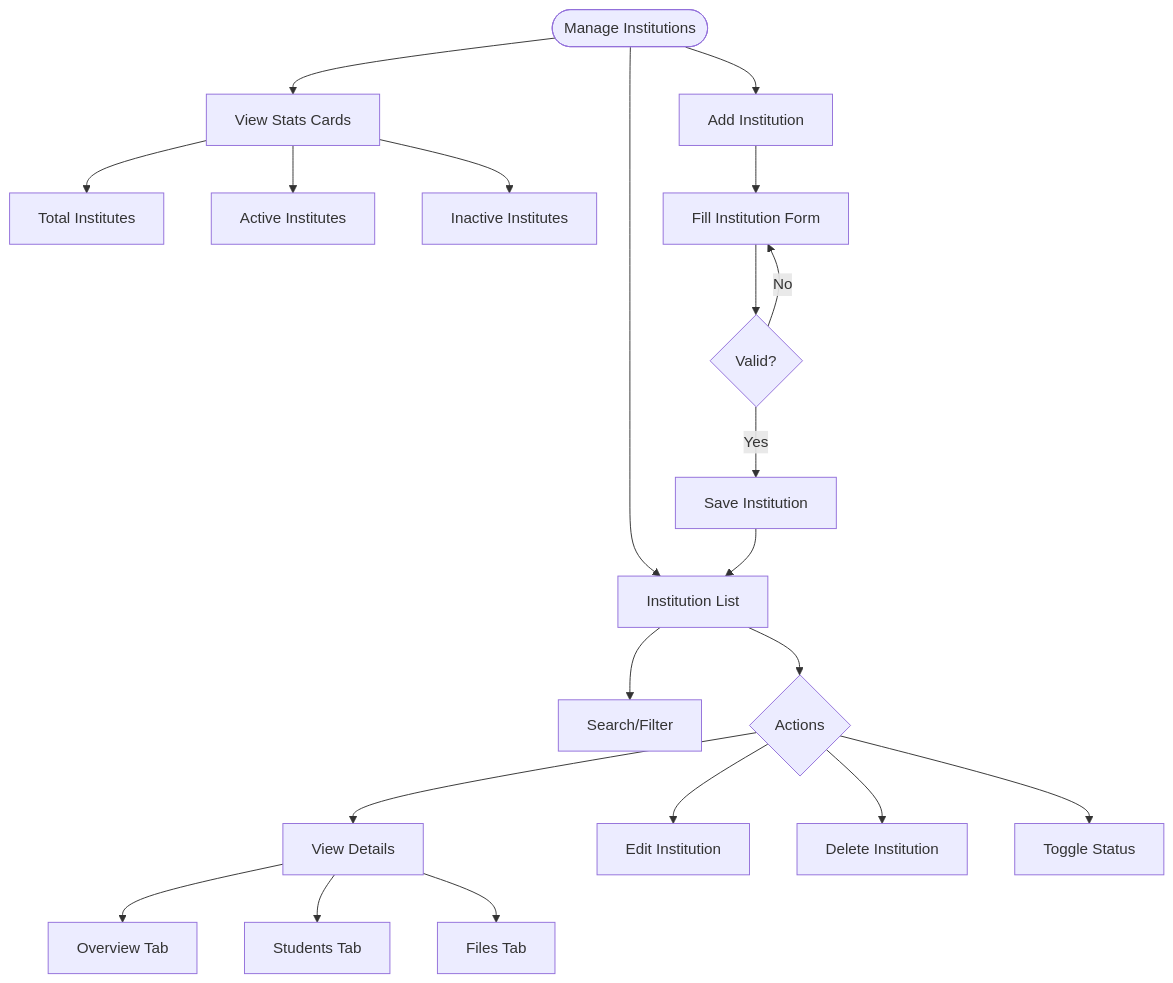
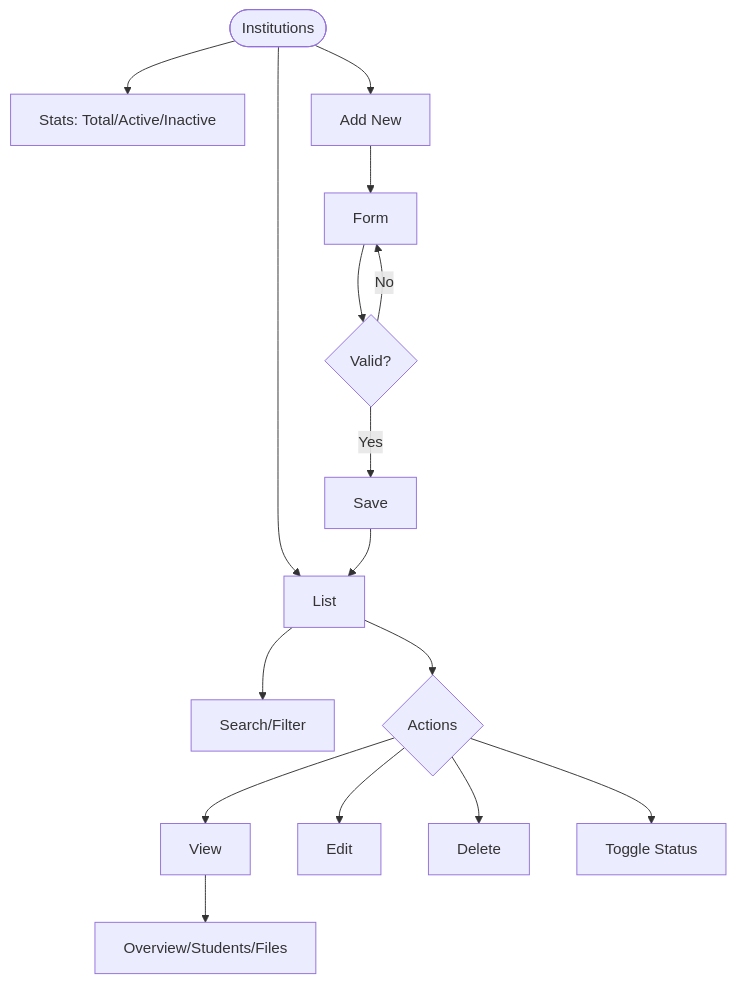
The eighth of 58 diagrams in INTERNSHIP_PORTAL_FLOW_DIAGRAMS.md (gunjangupta-gh/placeintern), drawn with Mermaid before and after one commit. The commit also changed other lines of this file and 6 other files, not shown here.

````diff
--- a/INTERNSHIP_PORTAL_FLOW_DIAGRAMS.md
+++ b/INTERNSHIP_PORTAL_FLOW_DIAGRAMS.md
@@ -277,27 +148,13 @@
 ```mermaid
 flowchart TD
-    INST_MGMT([Manage Institutions]) --> STATS[View Stats Cards]
-    STATS --> TOTAL[Total Institutes]
-    STATS --> ACTIVE[Active Institutes]
-    STATS --> INACTIVE[Inactive Institutes]
-
-    INST_MGMT --> LIST[Institution List]
-    LIST --> SEARCH[Search/Filter]
-
-    LIST --> ACTIONS{Actions}
-    ACTIONS --> VIEW[View Details]
-    ACTIONS --> EDIT[Edit Institution]
-    ACTIONS --> DELETE[Delete Institution]
-    ACTIONS --> TOGGLE[Toggle Status]
-
-    INST_MGMT --> ADD[Add Institution]
-    ADD --> FILL_FORM[Fill Institution Form]
-    FILL_FORM --> VALIDATE{Valid?}
-    VALIDATE --> |No| FILL_FORM
-    VALIDATE --> |Yes| SAVE[Save Institution]
-    SAVE --> LIST
-
-    VIEW --> OVERVIEW_TAB[Overview Tab]
-    VIEW --> STUDENTS_TAB[Students Tab]
-    VIEW --> FILES_TAB[Files Tab]
+    A([Institutions])-->B[Stats: Total/Active/Inactive]
+    A-->C[List]-->D[Search/Filter]
+    C-->E{Actions}
+    E-->F[View]-->F1[Overview/Students/Files]
+    E-->G[Edit]
+    E-->H[Delete]
+    E-->I[Toggle Status]
+    A-->J[Add New]-->K[Form]-->L{Valid?}
+    L-->|No|K
+    L-->|Yes|M[Save]-->C
 ```
````
